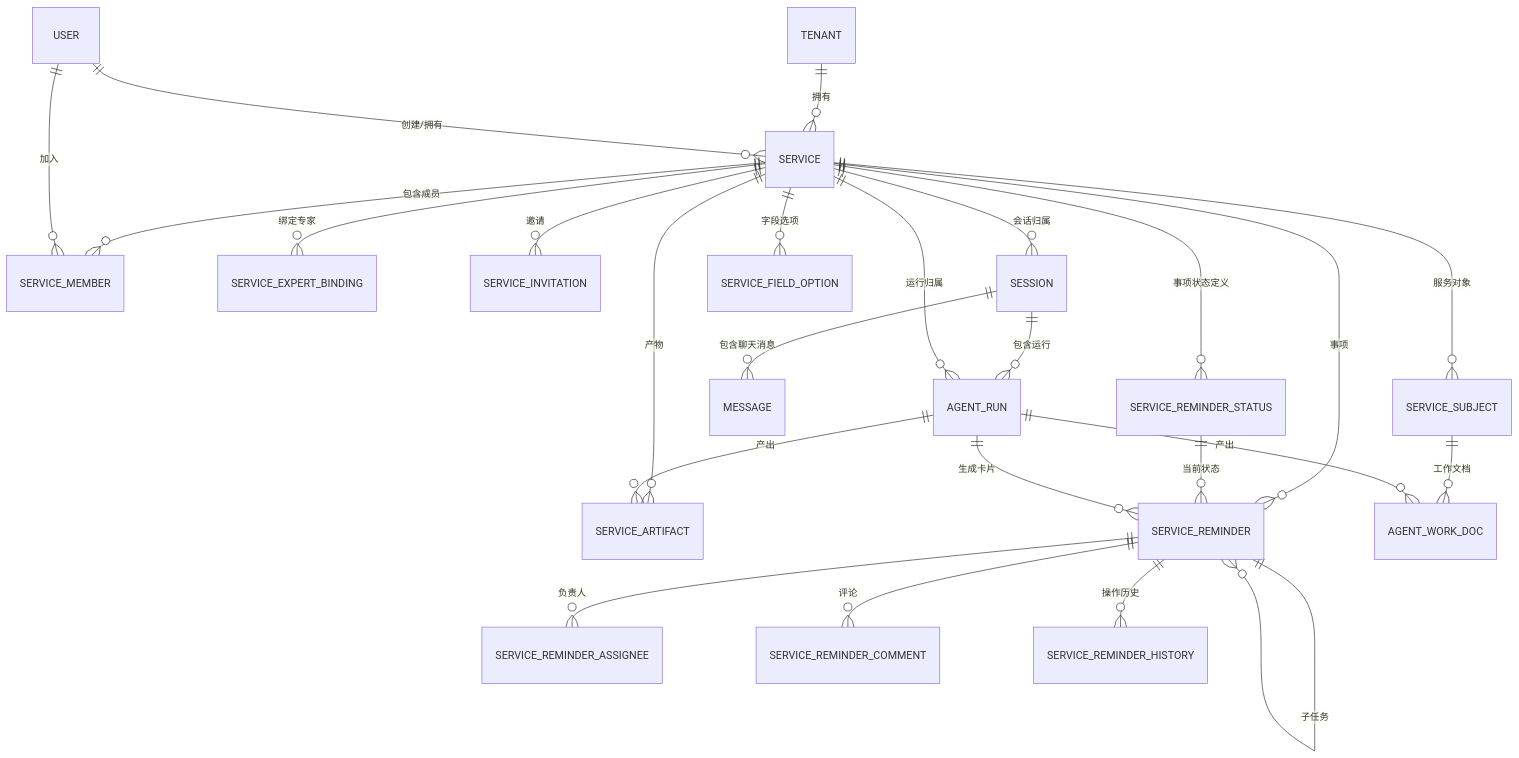
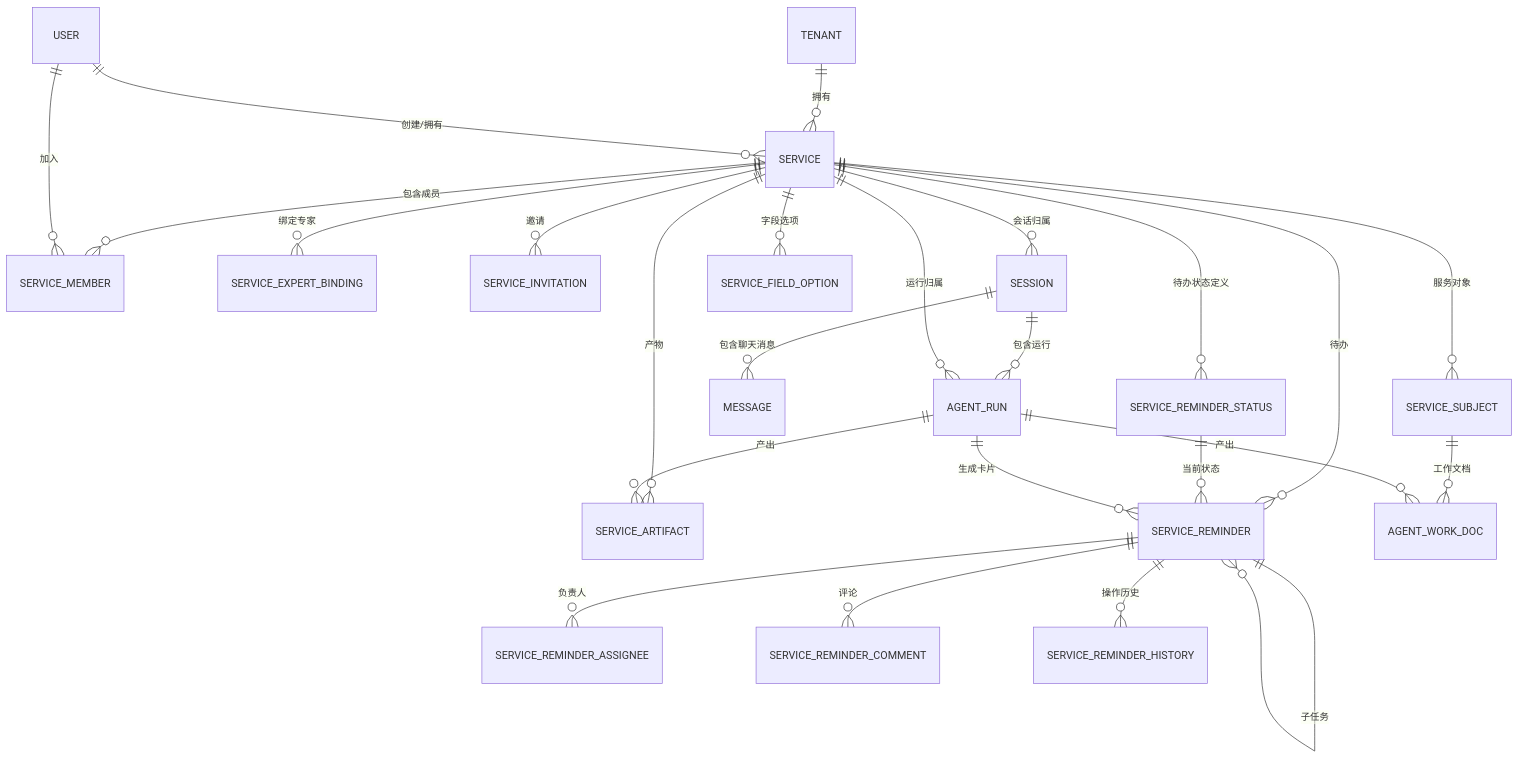
Before and after one commit to xkl2013/ruile: the first of 2 diagrams in docs/服务模块重构PRD.md, drawn with Mermaid. The commit also changed other lines of this file and 92 other files, not shown here.

````diff
--- a/docs/服务模块重构PRD.md
+++ b/docs/服务模块重构PRD.md
@@ -372,27 +374,27 @@
 ```mermaid
 erDiagram
     TENANT ||--o{ SERVICE : "拥有"
     USER ||--o{ SERVICE : "创建/拥有"
     SERVICE ||--o{ SERVICE_MEMBER : "包含成员"
     USER ||--o{ SERVICE_MEMBER : "加入"
     SERVICE ||--o{ SERVICE_EXPERT_BINDING : "绑定专家"
     SERVICE ||--o{ SERVICE_SUBJECT : "服务对象"
     SERVICE ||--o{ SERVICE_INVITATION : "邀请"
     SERVICE ||--o{ SESSION : "会话归属"
     SESSION ||--o{ MESSAGE : "包含聊天消息"
     SESSION ||--o{ AGENT_RUN : "包含运行"
     SERVICE ||--o{ AGENT_RUN : "运行归属"
     SERVICE ||--o{ SERVICE_ARTIFACT : "产物"
-    SERVICE ||--o{ SERVICE_REMINDER : "事项"
-    SERVICE ||--o{ SERVICE_REMINDER_STATUS : "事项状态定义"
+    SERVICE ||--o{ SERVICE_REMINDER : "待办"
+    SERVICE ||--o{ SERVICE_REMINDER_STATUS : "待办状态定义"
     SERVICE ||--o{ SERVICE_FIELD_OPTION : "字段选项"
     SERVICE_REMINDER_STATUS ||--o{ SERVICE_REMINDER : "当前状态"
     SERVICE_REMINDER ||--o{ SERVICE_REMINDER_ASSIGNEE : "负责人"
     SERVICE_REMINDER ||--o{ SERVICE_REMINDER_COMMENT : "评论"
     SERVICE_REMINDER ||--o{ SERVICE_REMINDER_HISTORY : "操作历史"
     SERVICE_REMINDER ||--o{ SERVICE_REMINDER : "子任务"
     SERVICE_SUBJECT ||--o{ AGENT_WORK_DOC : "工作文档"
     AGENT_RUN ||--o{ AGENT_WORK_DOC : "产出"
     AGENT_RUN ||--o{ SERVICE_ARTIFACT : "产出"
     AGENT_RUN ||--o{ SERVICE_REMINDER : "生成卡片"
 ```
````
